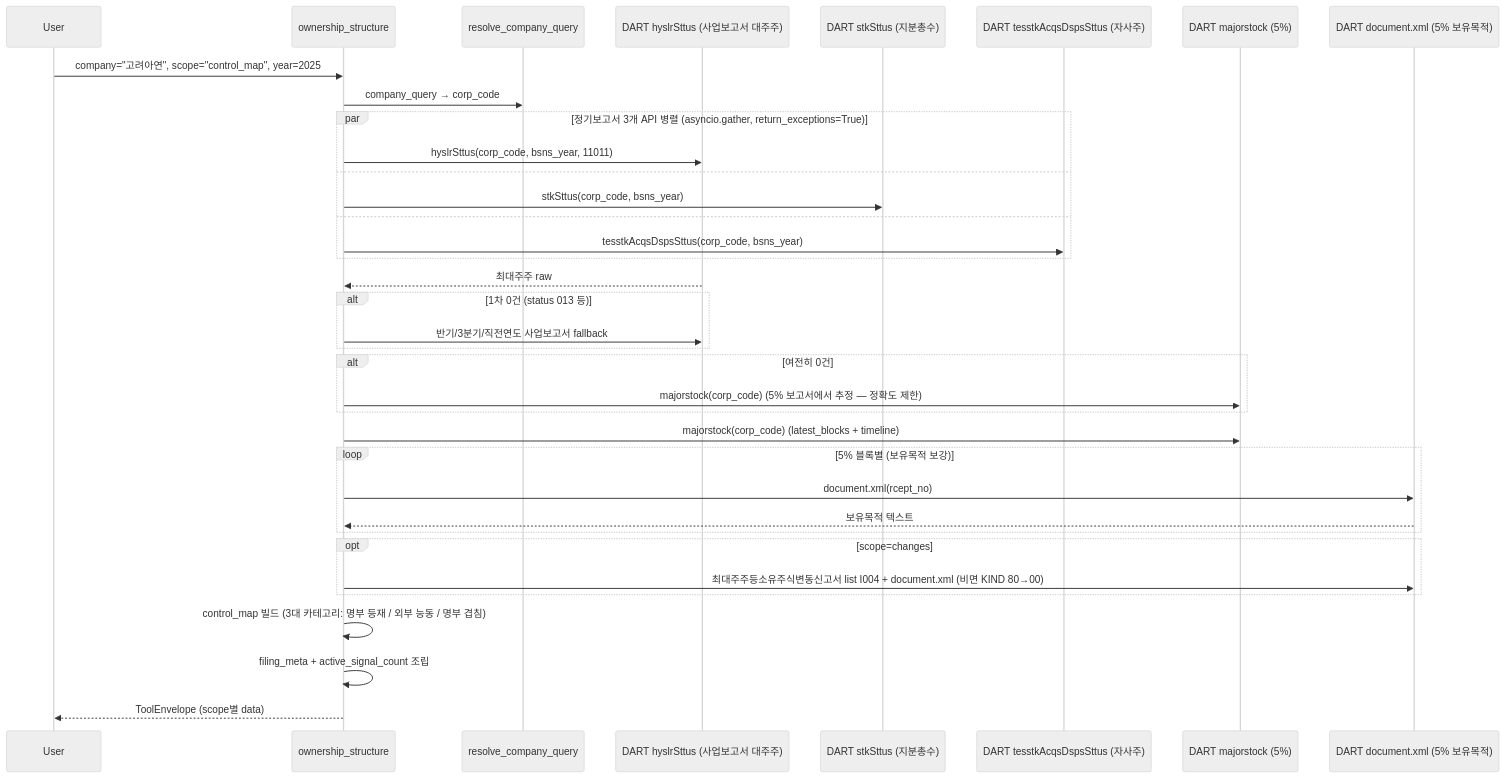
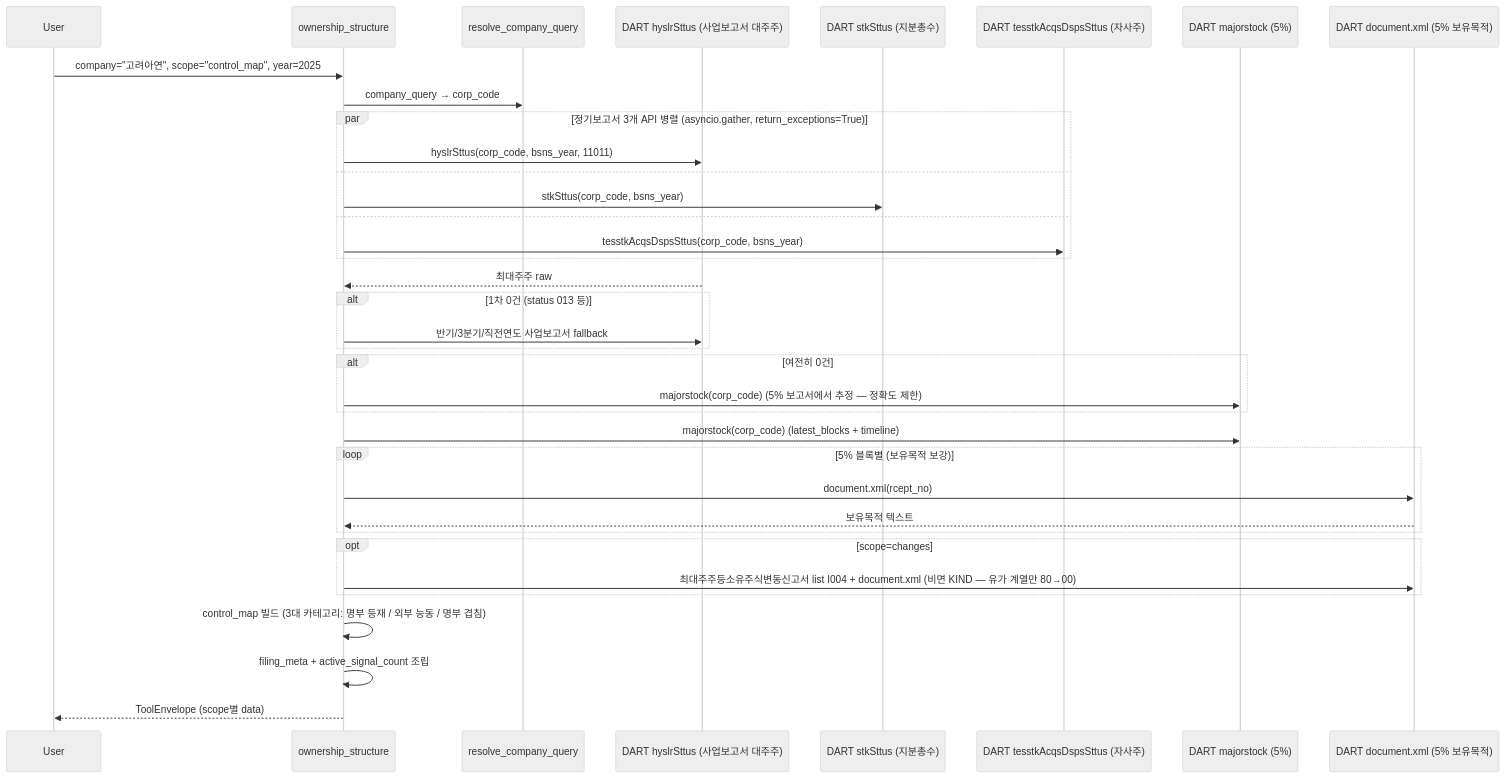
Before and after one commit to MarcoYou/open-proxy-mcp: the diagram in wiki/tools/ownership_structure.md, drawn with Mermaid (neutral theme). The commit also changed other lines of this file and 20 other files, not shown here.

````diff
--- a/wiki/tools/ownership_structure.md
+++ b/wiki/tools/ownership_structure.md
@@ -106,38 +106,38 @@
 ```mermaid
 sequenceDiagram
     participant U as User
     participant T as ownership_structure
     participant R as resolve_company_query
     participant DH as DART hyslrSttus (사업보고서 대주주)
     participant DS as DART stkSttus (지분총수)
     participant DT as DART tesstkAcqsDspsSttus (자사주)
     participant DM as DART majorstock (5%)
     participant DD as DART document.xml (5% 보유목적)
     U->>T: company="고려아연", scope="control_map", year=2025
     T->>R: company_query → corp_code
     par 정기보고서 3개 API 병렬 (asyncio.gather, return_exceptions=True)
         T->>DH: hyslrSttus(corp_code, bsns_year, 11011)
     and
         T->>DS: stkSttus(corp_code, bsns_year)
     and
         T->>DT: tesstkAcqsDspsSttus(corp_code, bsns_year)
     end
     DH-->>T: 최대주주 raw
     alt 1차 0건 (status 013 등)
         T->>DH: 반기/3분기/직전연도 사업보고서 fallback
     end
     alt 여전히 0건
         T->>DM: majorstock(corp_code) (5% 보고서에서 추정 — 정확도 제한)
     end
     T->>DM: majorstock(corp_code) (latest_blocks + timeline)
     loop 5% 블록별 (보유목적 보강)
         T->>DD: document.xml(rcept_no)
         DD-->>T: 보유목적 텍스트
     end
     opt scope=changes
-        T->>DD: 최대주주등소유주식변동신고서 list I004 + document.xml (비면 KIND 80→00)
+        T->>DD: 최대주주등소유주식변동신고서 list I004 + document.xml (비면 KIND — 유가 계열만 80→00)
     end
     T->>T: control_map 빌드 (3대 카테고리: 명부 등재 / 외부 능동 / 명부 겹침)
     T->>T: filing_meta + active_signal_count 조립
     T-->>U: ToolEnvelope (scope별 data)
 ```
````
